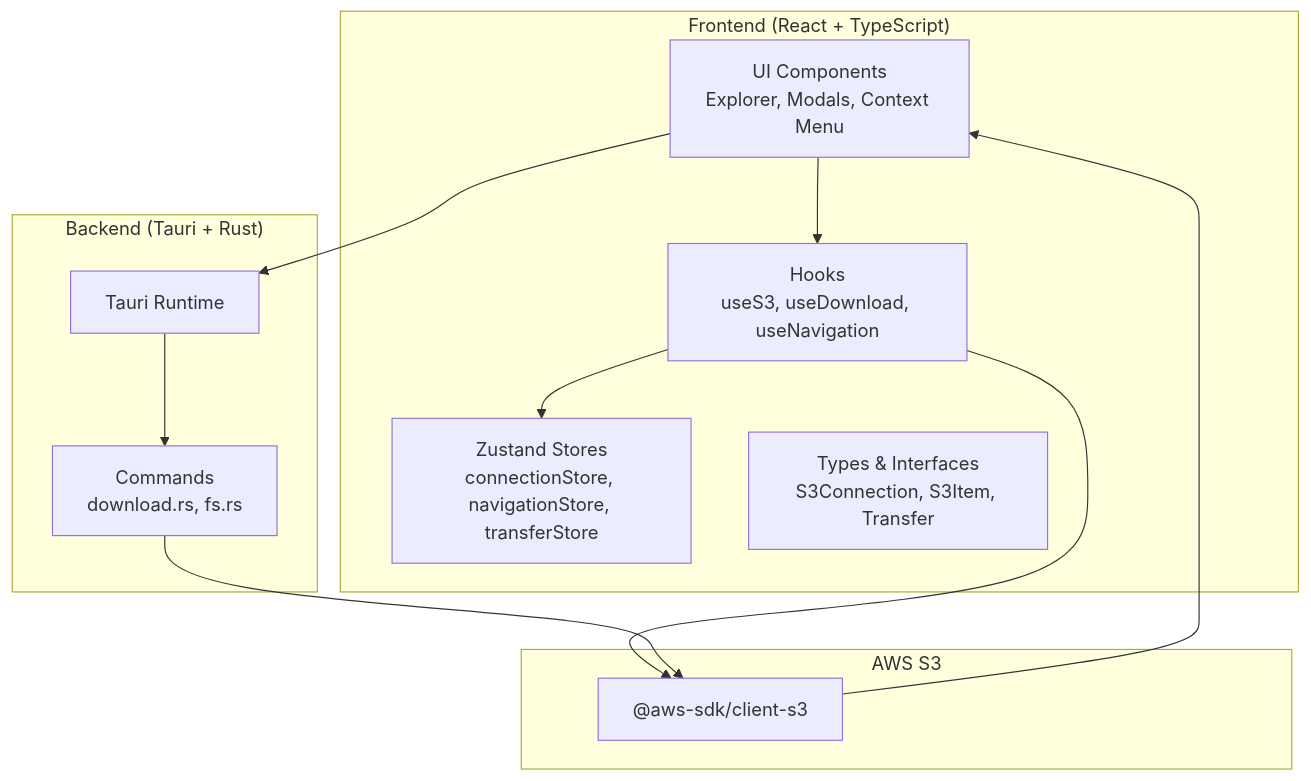
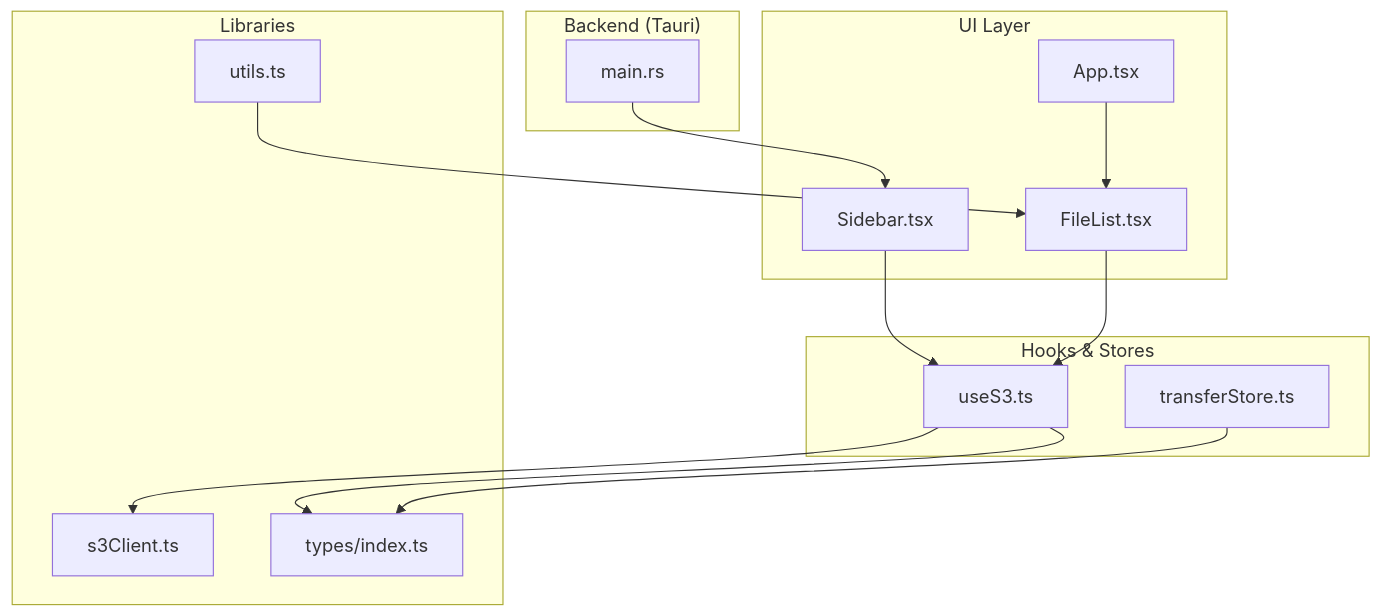
The first of 9 diagrams in .qoder/repowiki/en/content/Core Features/File Operations.md (nasrulhadi/s3-explorer), drawn with Mermaid before and after one commit. The commit also changed other lines of this file and 46 other files, not shown here.

Commit message:
Context menu (right-click), modal/popup add connections, regenerate wiki

````diff
--- a/.qoder/repowiki/en/content/Core Features/File Operations.md
+++ b/.qoder/repowiki/en/content/Core Features/File Operations.md
@@ -28,23 +34,28 @@
 ```mermaid
 graph TB
-subgraph "Frontend (React + TypeScript)"
-UI["UI Components<br/>Explorer, Modals, Context Menu"]
-Hooks["Hooks<br/>useS3, useDownload, useNavigation"]
-Store["Zustand Stores<br/>connectionStore, navigationStore, transferStore"]
-Types["Types & Interfaces<br/>S3Connection, S3Item, Transfer"]
+subgraph "UI Layer"
+Sidebar["Sidebar.tsx"]
+FileList["FileList.tsx"]
+App["App.tsx"]
 end
-subgraph "Backend (Tauri + Rust)"
-Tauri["Tauri Runtime"]
-Commands["Commands<br/>download.rs, fs.rs"]
+subgraph "Hooks & Stores"
+useS3["useS3.ts"]
+transferStore["transferStore.ts"]
 end
-subgraph "AWS S3"
-S3SDK["@aws-sdk/client-s3"]
+subgraph "Libraries"
+s3Client["s3Client.ts"]
+utils["utils.ts"]
+types["types/index.ts"]
 end
-UI --> Hooks
-Hooks --> Store
-Hooks --> S3SDK
-UI --> Tauri
-Tauri --> Commands
-Commands --> S3SDK
-S3SDK --> UI
+subgraph "Backend (Tauri)"
+tauriMain["main.rs"]
+end
+Sidebar --> useS3
+FileList --> useS3
+App --> FileList
+useS3 --> s3Client
+useS3 --> types
+transferStore --> types
+utils --> FileList
+tauriMain --> Sidebar
 ```
````
